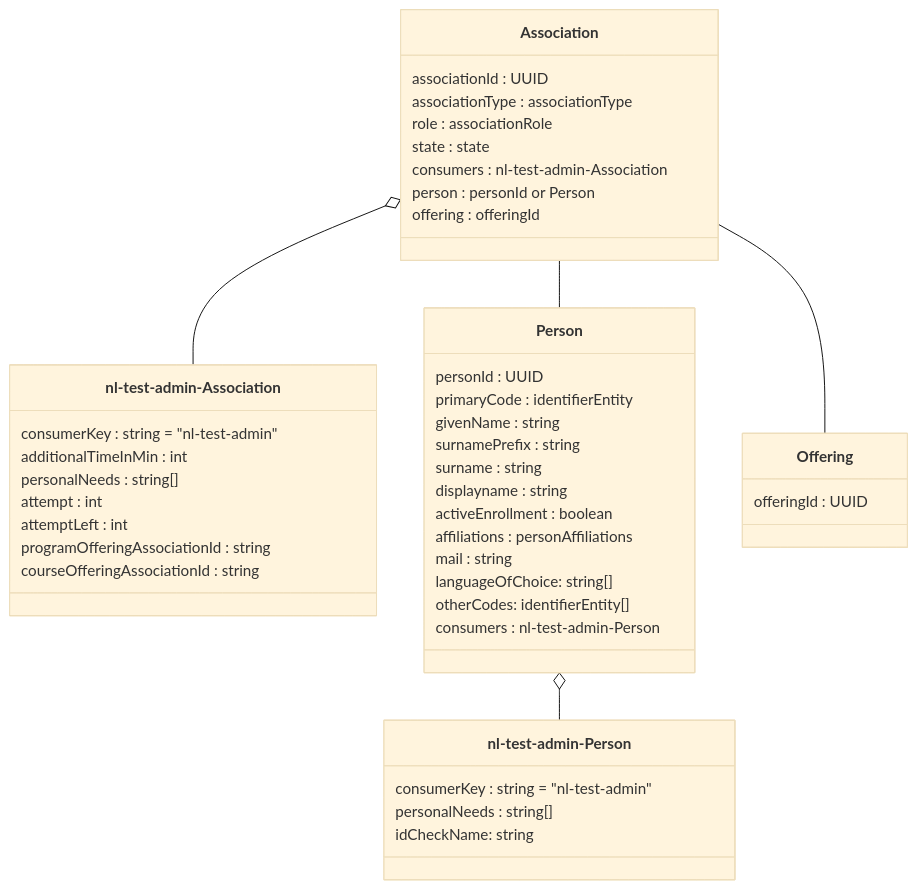
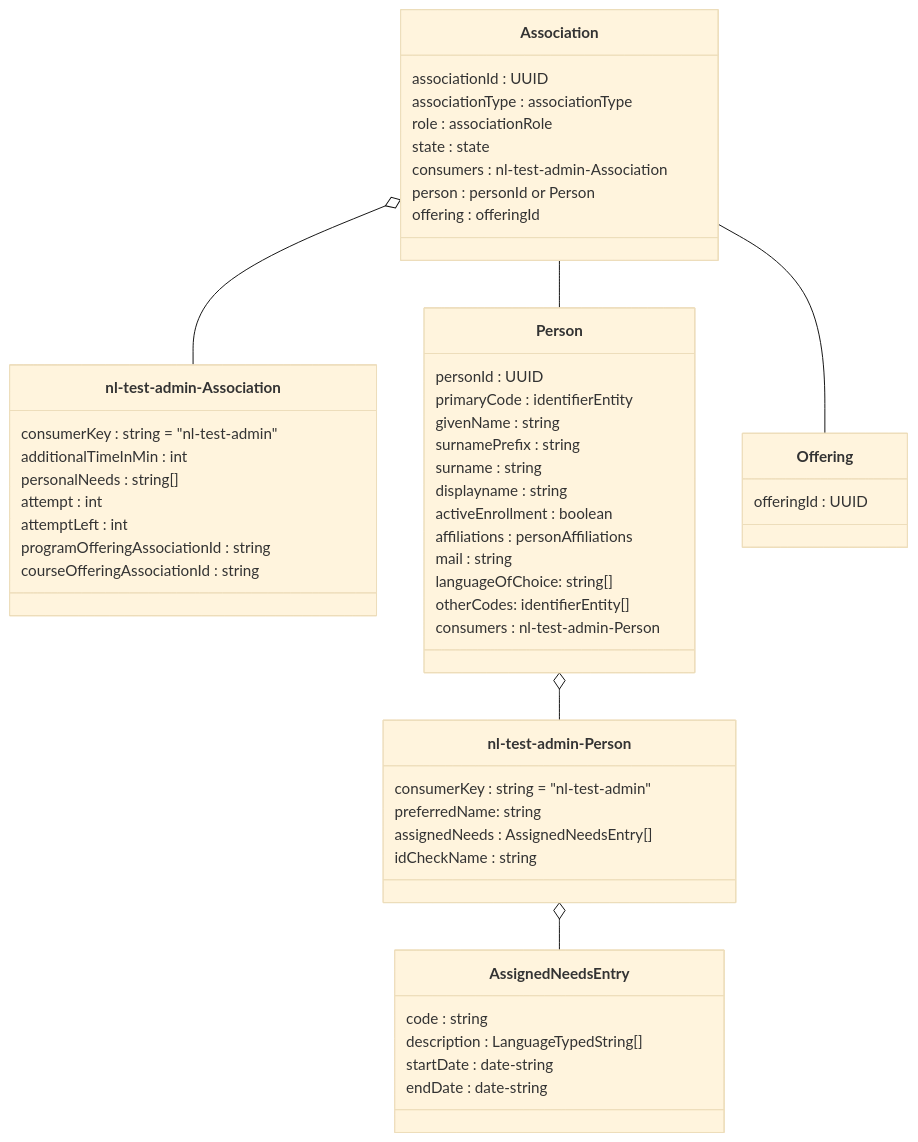
The fourth of 15 diagrams in doc/flow1.md (NetwerkExamineringDigitalisering/NED-OOAPI), drawn with Mermaid (base theme) before and after one commit. The commit also changed other lines of this file and 2 other files, not shown here.

Commit message:
update flows for startUpURL, person consumer adjustments and memberships

````diff
--- a/doc/flow1.md
+++ b/doc/flow1.md
@@ -135,48 +135,59 @@
 ```mermaid
 classDiagram
     class Association {
     	associationId : UUID
         associationType : associationType
         role : associationRole
         state : state
         consumers : nl-test-admin-Association
         person : personId or Person
         offering : offeringId
     }
     class `nl-test-admin-Association` {
     	consumerKey : string = "nl-test-admin"
 	    additionalTimeInMin : int
 	    personalNeeds : string[]
         attempt : int
         attemptLeft : int
 	    programOfferingAssociationId : string
 	    courseOfferingAssociationId : string
     }
     class Person {
         personId : UUID
         primaryCode : identifierEntity
         givenName : string
         surnamePrefix : string 
         surname : string
         displayname : string
         activeEnrollment : boolean 
         affiliations : personAffiliations
         mail : string
         languageOfChoice: string[]
 		otherCodes: identifierEntity[]
     	consumers : nl-test-admin-Person
     }
+
     class `nl-test-admin-Person` {
     	consumerKey : string = "nl-test-admin"
-	    personalNeeds : string[]
-        idCheckName: string
+        preferredName: string
+    	assignedNeeds : AssignedNeedsEntry[]
+	    idCheckName : string
     }
+
+    class AssignedNeedsEntry {
+		code : string
+	    description : LanguageTypedString[]
+	    startDate : date-string
+	    endDate : date-string
+    }
+
     class Offering {
        offeringId : UUID
     }
     Association -- Offering 
     Association o-- `nl-test-admin-Association`
     Association -- Person
     Person o-- `nl-test-admin-Person`
+    `nl-test-admin-Person` o-- AssignedNeedsEntry
 
 ```
````
